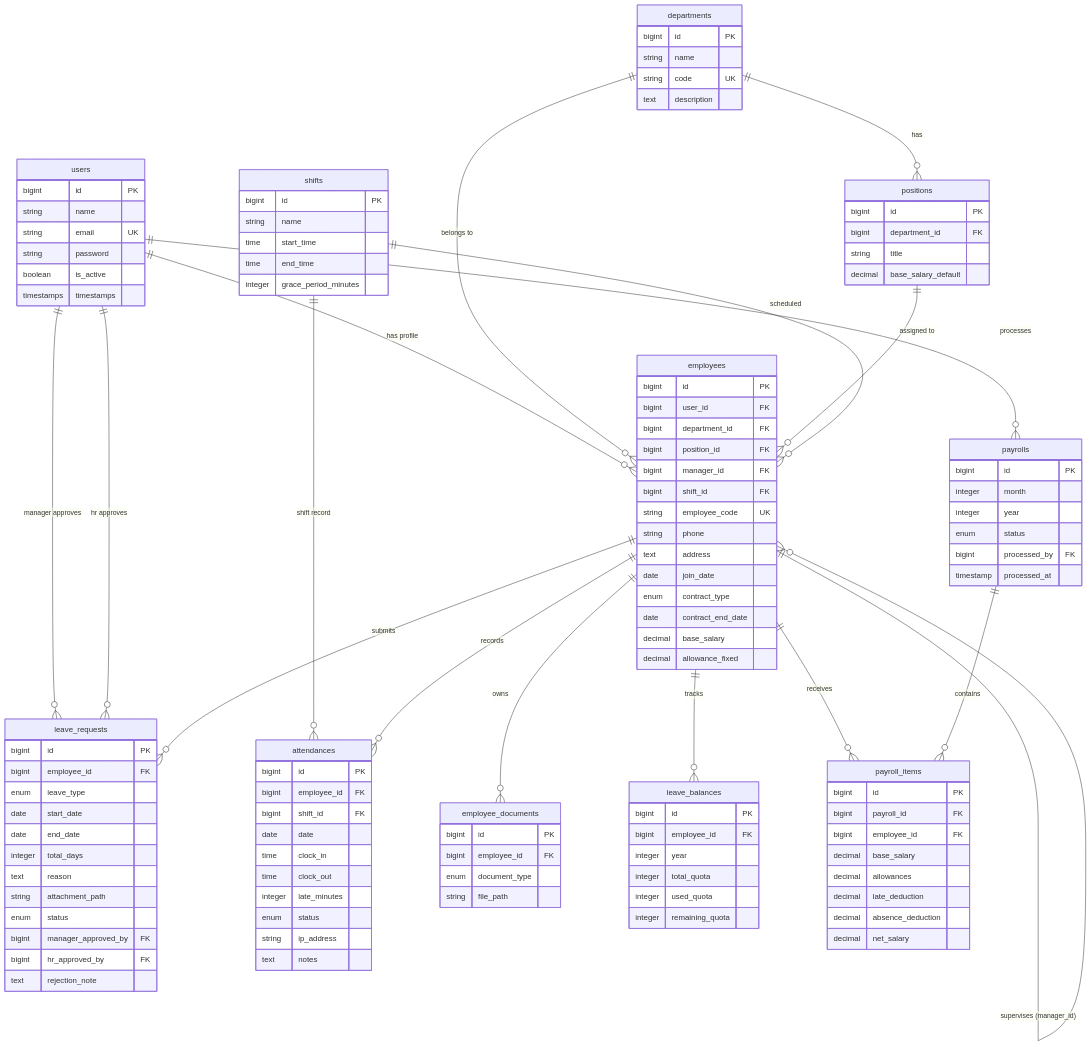
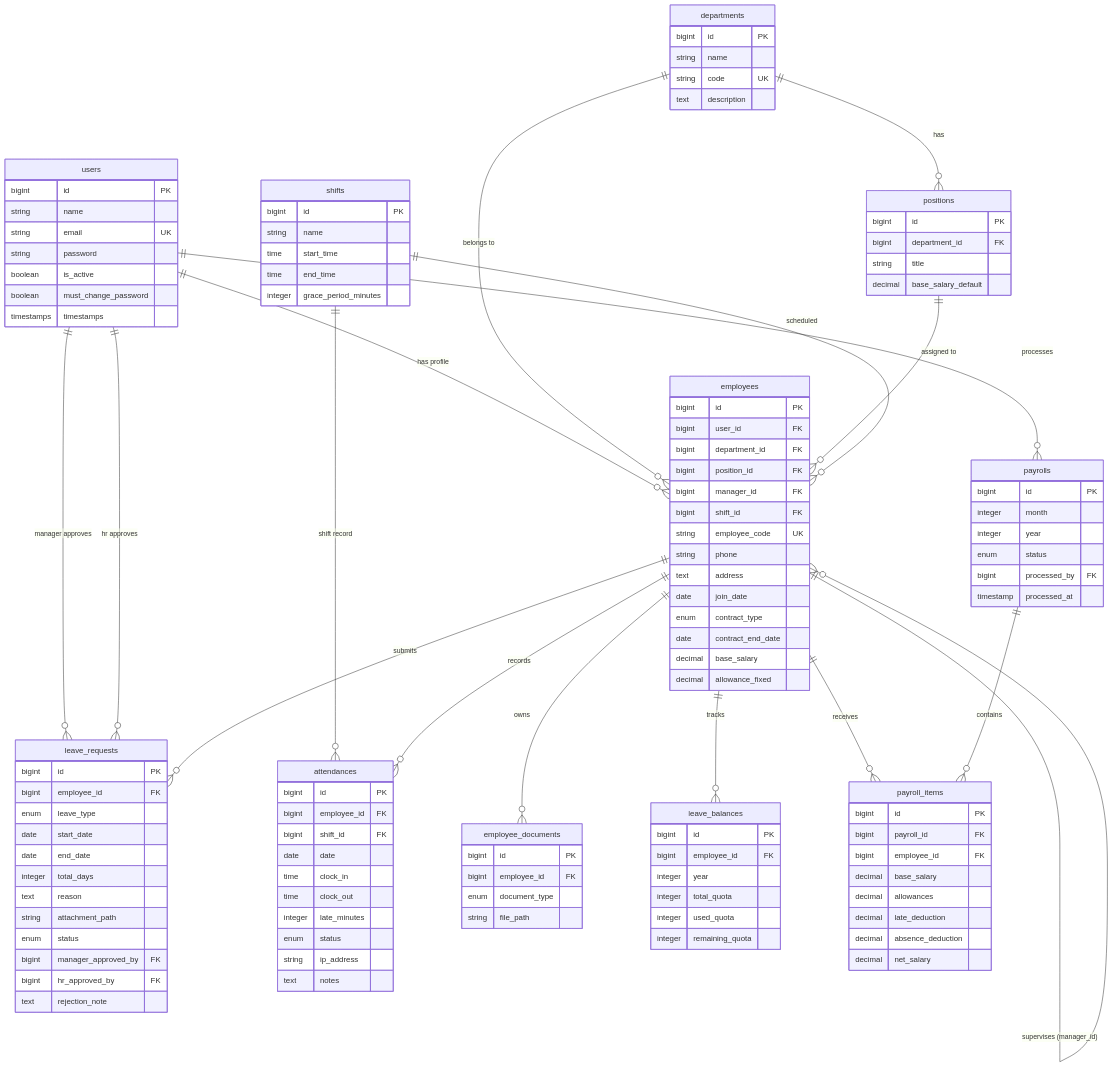
Before and after one commit to NashirLidienillah/nashris: the second of 2 diagrams in README.md, drawn with Mermaid. The commit also changed other lines of this file and 70 other files, not shown here.

```diff
--- a/README.md
+++ b/README.md
@@ -114,6 +117,7 @@
         string email UK
         string password
         boolean is_active
+        boolean must_change_password
         timestamps timestamps
     }
 
```
